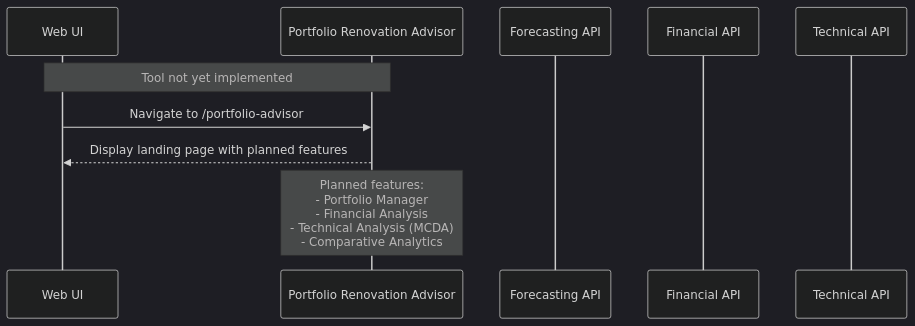
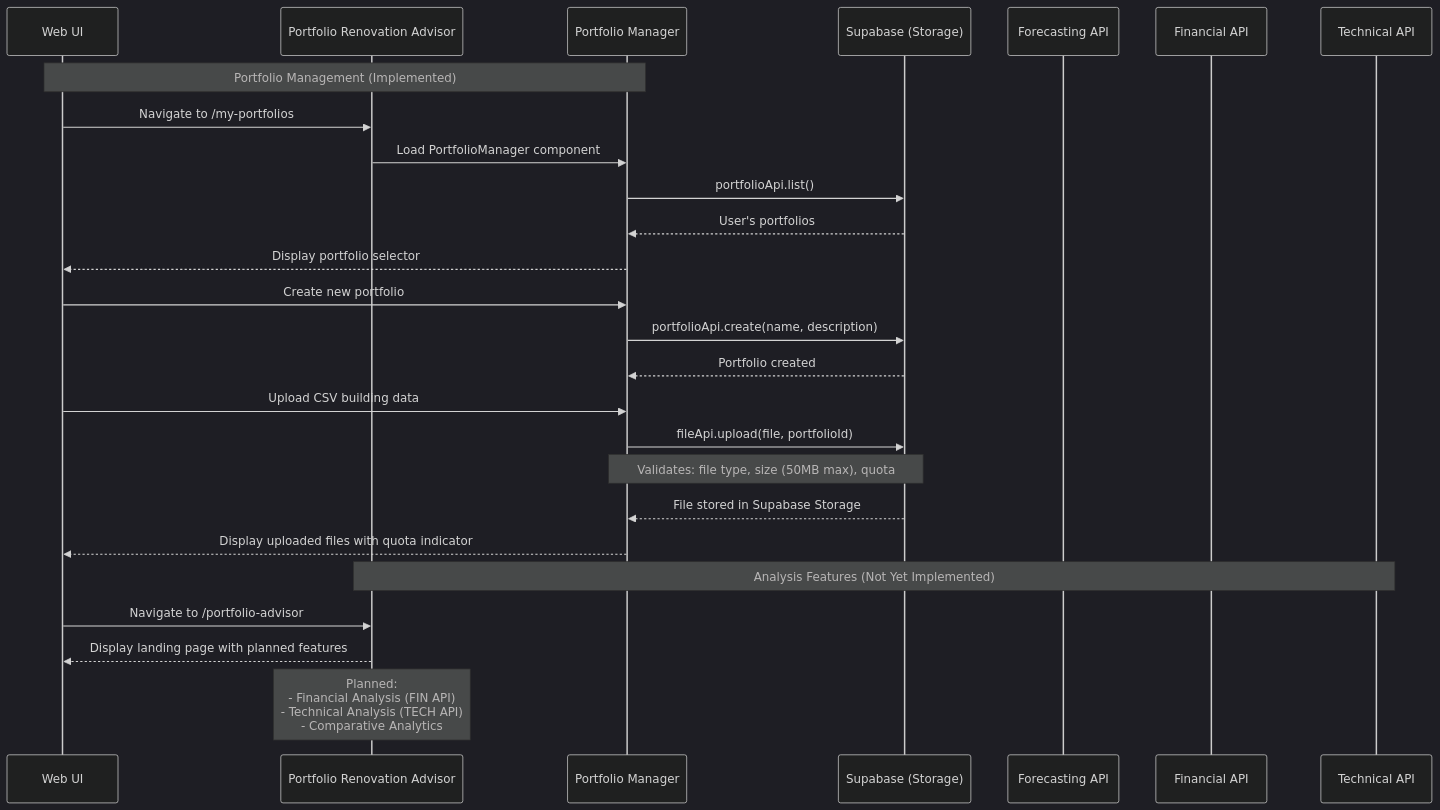
One commit to ReLIFE-Project-EU/relife-web-ui changed the second of 3 diagrams in README.md. Above: the diagram before and after it, drawn with Mermaid (dark theme). The commit also changed other lines of this file, not shown here.

Commit message:
📝 Update architecture docs: HRA uses real Building Service; PRA portfolio manager details

````diff
--- a/README.md
+++ b/README.md
@@ -86,14 +89,32 @@
 ```mermaid
 sequenceDiagram
     participant UI as Web UI
     participant PRA as Portfolio Renovation Advisor
+    participant PM as Portfolio Manager
+    participant SB as Supabase (Storage)
     participant FCAST as Forecasting API
     participant FIN as Financial API
     participant TECH as Technical API
 
-    Note over UI,PRA: Tool not yet implemented
+    Note over UI,PM: Portfolio Management (Implemented)
+    UI->>PRA: Navigate to /my-portfolios
+    PRA->>PM: Load PortfolioManager component
+    PM->>SB: portfolioApi.list()
+    SB-->>PM: User's portfolios
+    PM-->>UI: Display portfolio selector
+
+    UI->>PM: Create new portfolio
+    PM->>SB: portfolioApi.create(name, description)
+    SB-->>PM: Portfolio created
+    
+    UI->>PM: Upload CSV building data
+    PM->>SB: fileApi.upload(file, portfolioId)
+    Note over PM,SB: Validates: file type, size (50MB max), quota
+    SB-->>PM: File stored in Supabase Storage
+    PM-->>UI: Display uploaded files with quota indicator
+
+    Note over PRA,TECH: Analysis Features (Not Yet Implemented)
     UI->>PRA: Navigate to /portfolio-advisor
     PRA-->>UI: Display landing page with planned features
-
-    Note over PRA: Planned features:<br/>- Portfolio Manager<br/>- Financial Analysis<br/>- Technical Analysis (MCDA)<br/>- Comparative Analytics
+    Note over PRA: Planned:<br/>- Financial Analysis (FIN API)<br/>- Technical Analysis (TECH API)<br/>- Comparative Analytics
 ```
````
